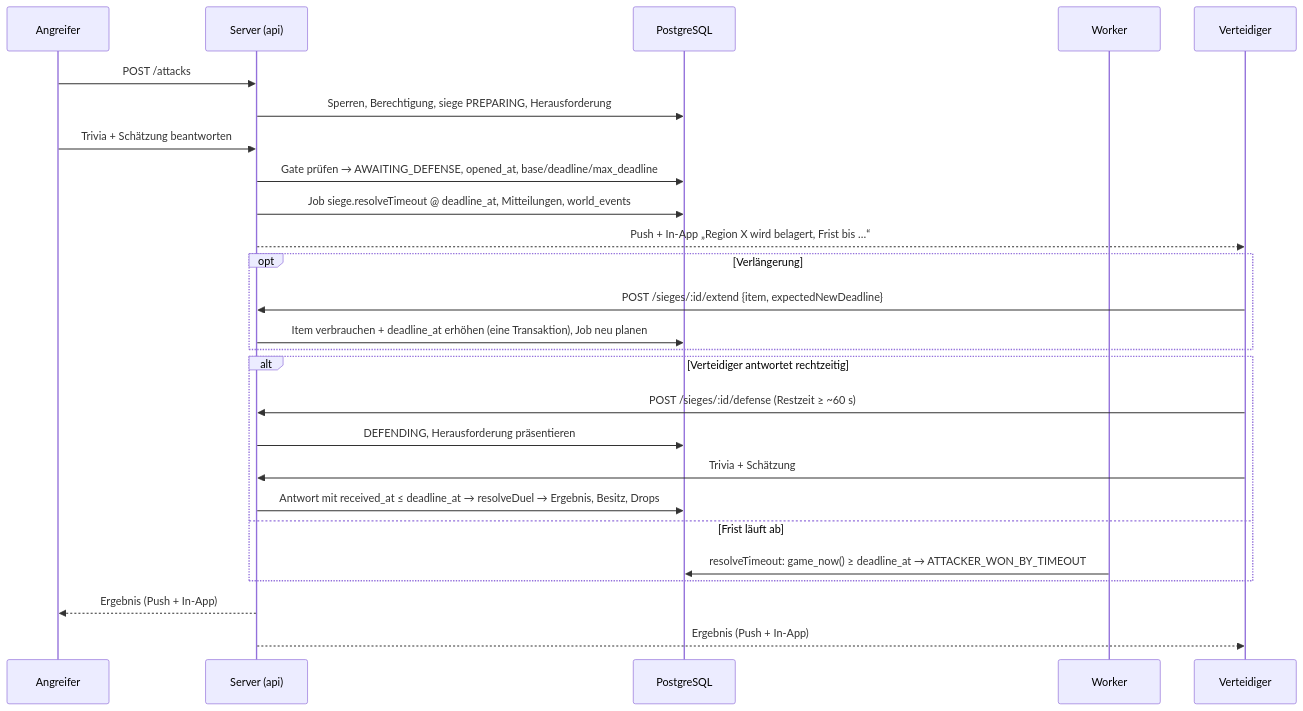
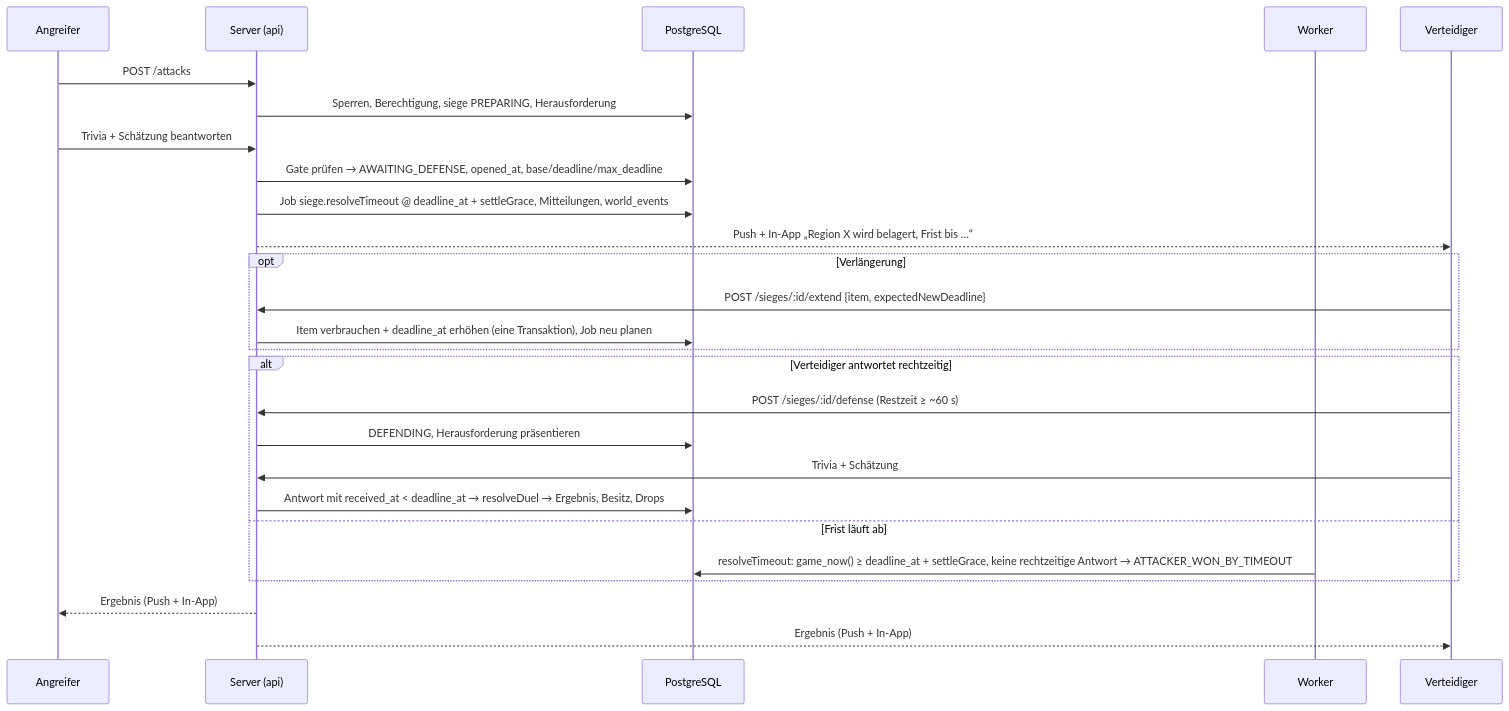
The second of 2 diagrams in docs/SIEGE_SYSTEM.md (cibakhun/trivia-game), drawn with Mermaid before and after one commit. The commit also changed other lines of this file and 16 other files, not shown here.

````diff
--- a/docs/SIEGE_SYSTEM.md
+++ b/docs/SIEGE_SYSTEM.md
@@ -62,28 +68,28 @@
 ```mermaid
 sequenceDiagram
   participant A as Angreifer
   participant S as Server (api)
   participant DB as PostgreSQL
   participant W as Worker
   participant B as Verteidiger
   A->>S: POST /attacks
   S->>DB: Sperren, Berechtigung, siege PREPARING, Herausforderung
   A->>S: Trivia + Schätzung beantworten
   S->>DB: Gate prüfen → AWAITING_DEFENSE, opened_at, base/deadline/max_deadline
-  S->>DB: Job siege.resolveTimeout @ deadline_at, Mitteilungen, world_events
+  S->>DB: Job siege.resolveTimeout @ deadline_at + settleGrace, Mitteilungen, world_events
   S-->>B: Push + In-App „Region X wird belagert, Frist bis …“
   opt Verlängerung
     B->>S: POST /sieges/:id/extend {item, expectedNewDeadline}
     S->>DB: Item verbrauchen + deadline_at erhöhen (eine Transaktion), Job neu planen
   end
   alt Verteidiger antwortet rechtzeitig
     B->>S: POST /sieges/:id/defense (Restzeit ≥ ~60 s)
     S->>DB: DEFENDING, Herausforderung präsentieren
     B->>S: Trivia + Schätzung
-    S->>DB: Antwort mit received_at ≤ deadline_at → resolveDuel → Ergebnis, Besitz, Drops
+    S->>DB: Antwort mit received_at < deadline_at → resolveDuel → Ergebnis, Besitz, Drops
   else Frist läuft ab
-    W->>DB: resolveTimeout: game_now() ≥ deadline_at → ATTACKER_WON_BY_TIMEOUT
+    W->>DB: resolveTimeout: game_now() ≥ deadline_at + settleGrace, keine rechtzeitige Antwort → ATTACKER_WON_BY_TIMEOUT
   end
   S-->>A: Ergebnis (Push + In-App)
   S-->>B: Ergebnis (Push + In-App)
 ```
````
